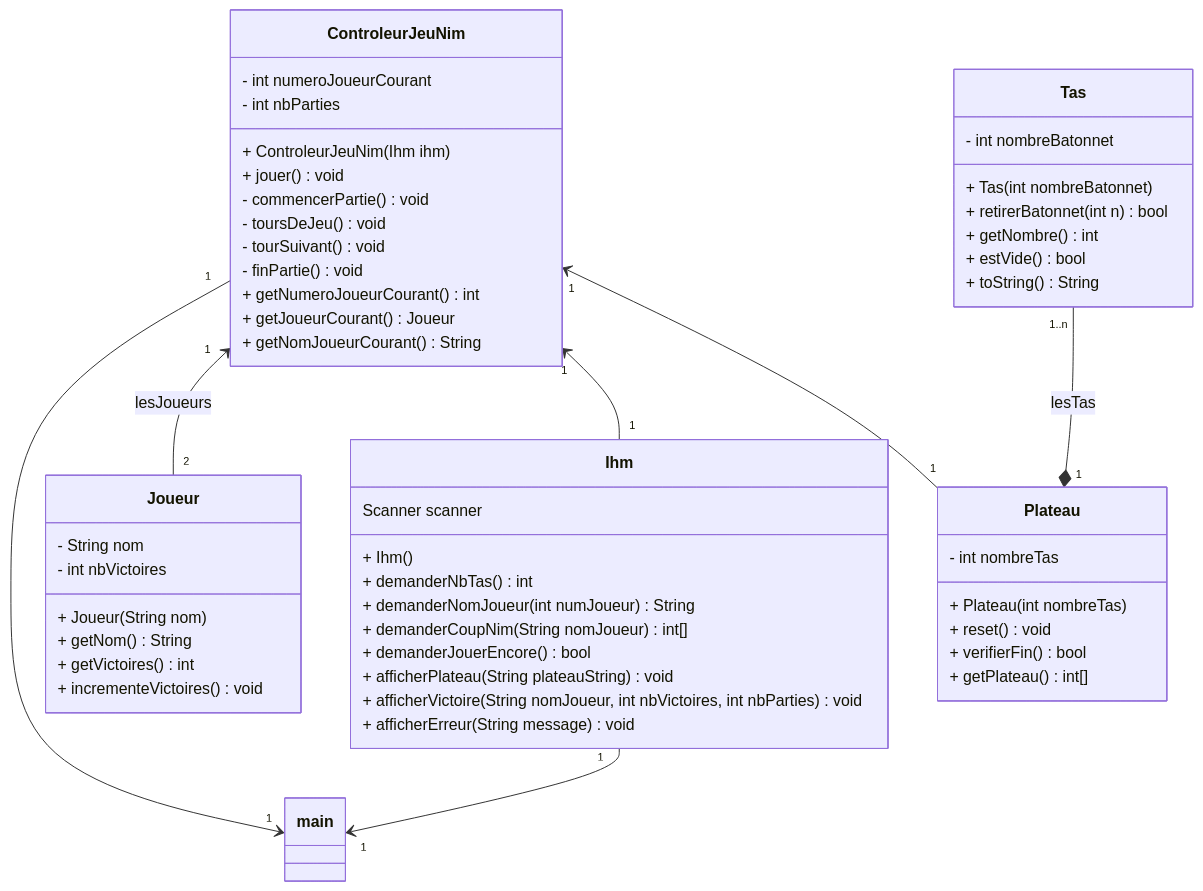
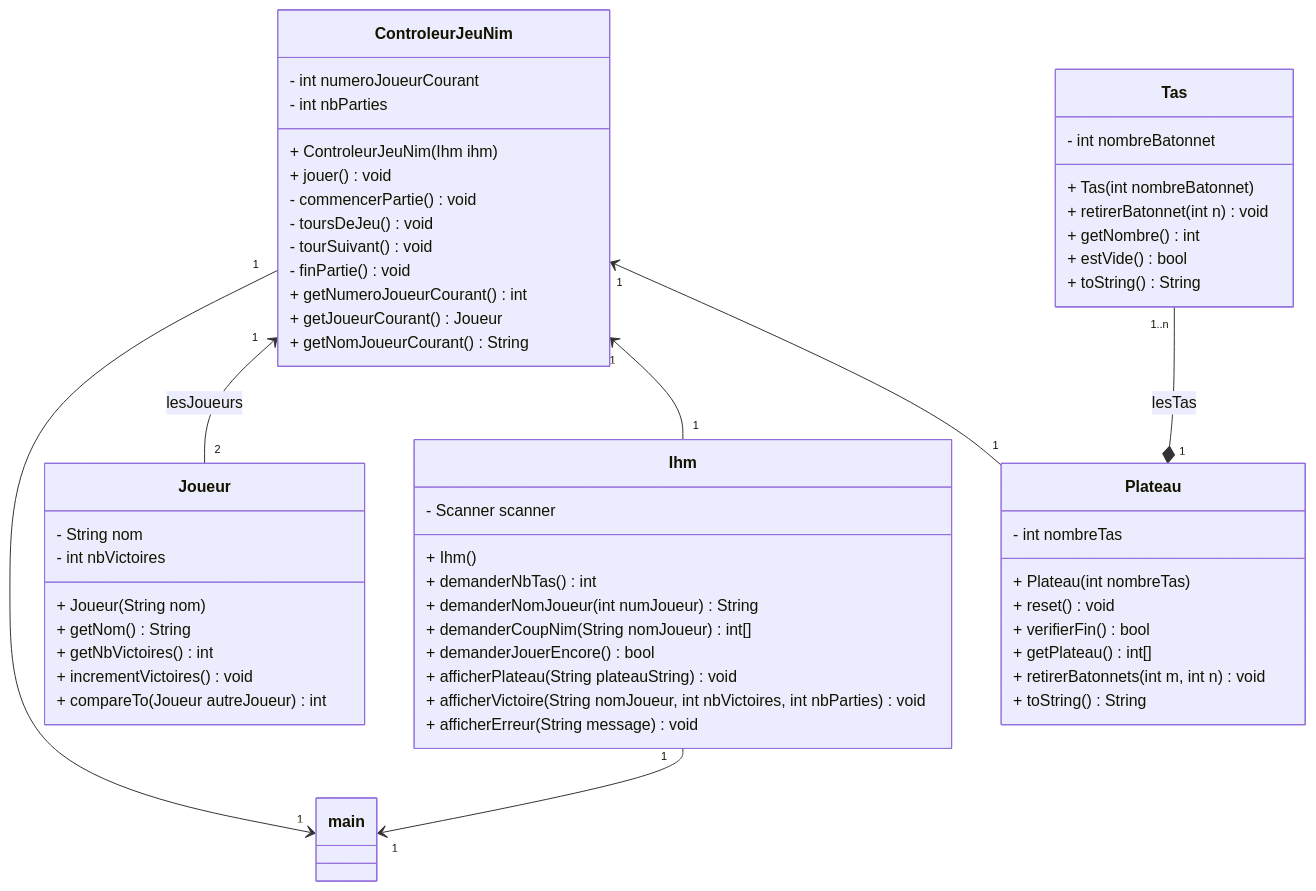
One commit to Kaawan-d20/CDA changed the second of 2 diagrams in Document/Iteration1/Iteration1.md. Above: the diagram before and after it, drawn with Mermaid. The commit also changed 8 other files, not shown here.

````diff
--- a/Document/Iteration1/Iteration1.md
+++ b/Document/Iteration1/Iteration1.md
@@ -78,70 +78,73 @@
 ```mermaid
 classDiagram
     class main {
 
     }
 
     class Ihm {
-        Scanner scanner
+        - Scanner scanner
 
         + Ihm()
         + demanderNbTas() int
         + demanderNomJoueur(int numJoueur) String
         + demanderCoupNim(String nomJoueur) int[]
         + demanderJouerEncore() bool
         + afficherPlateau(String plateauString) void
         + afficherVictoire(String nomJoueur, int nbVictoires, int nbParties) void
         + afficherErreur(String message) void
     }
 
     class ControleurJeuNim {
         - int numeroJoueurCourant
         - int nbParties
         
         + ControleurJeuNim(Ihm ihm)
         + jouer () void
         - commencerPartie() void
         - toursDeJeu() void
         - tourSuivant() void
         - finPartie() void
         + getNumeroJoueurCourant() int
         + getJoueurCourant() Joueur
         + getNomJoueurCourant() String
     }
 
     class Joueur {
         - String nom
         - int nbVictoires
 
         + Joueur(String nom)
         + getNom() String
-        + getVictoires() int
-        + incrementeVictoires() void
+        + getNbVictoires() int
+        + incrementVictoires() void
+        + compareTo(Joueur autreJoueur) int
     }
 
     class Tas {
         - int nombreBatonnet
 
         + Tas (int nombreBatonnet)
-        + retirerBatonnet(int n) bool
+        + retirerBatonnet(int n) void
         + getNombre() int
         + estVide() bool
         + toString() String
     }
 
     class Plateau {
         - int nombreTas
         
         + Plateau (int nombreTas)
         + reset() void
         + verifierFin() bool
         + getPlateau() int[]
+        + retirerBatonnets(int m, int n) void
+        + toString() String
     }
 
     Tas "1..n" --* "1" Plateau : lesTas
     ControleurJeuNim "1" <-- "1" Plateau
     ControleurJeuNim "1" <-- "1" Ihm
     ControleurJeuNim "1" <-- "2" Joueur : lesJoueurs
     ControleurJeuNim "1" --> "1" main
     Ihm "1" --> "1" main
 ```
````
